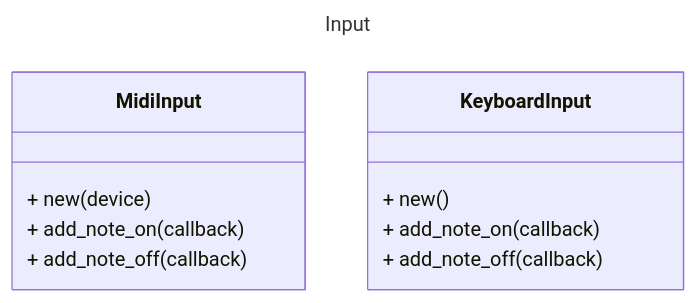
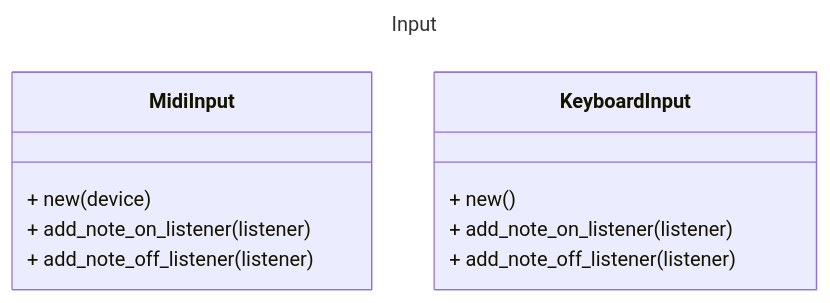
Before and after one commit to stefano-rasi/Synth: the first of 5 diagrams in README.md, drawn with Mermaid.

````diff
--- a/README.md
+++ b/README.md
@@ -1,18 +1,18 @@
 ```mermaid
 ---
 title: Input
 ---
 classDiagram
   class MidiInput {
     + new(device)
 
-    + add_note_on(callback)
-    + add_note_off(callback)
+    + add_note_on_listener(listener)
+    + add_note_off_listener(listener)
   }
   class KeyboardInput {
     + new()
 
-    + add_note_on(callback)
-    + add_note_off(callback)
+    + add_note_on_listener(listener)
+    + add_note_off_listener(listener)
   }
 ```
````
